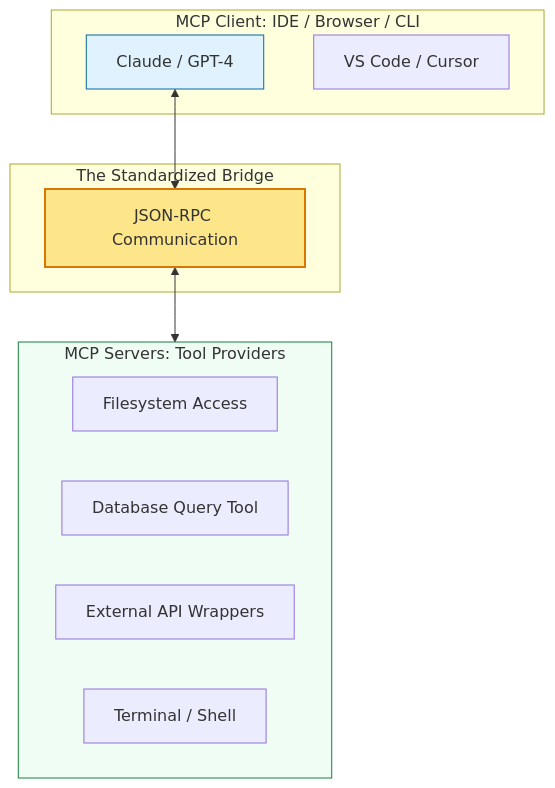
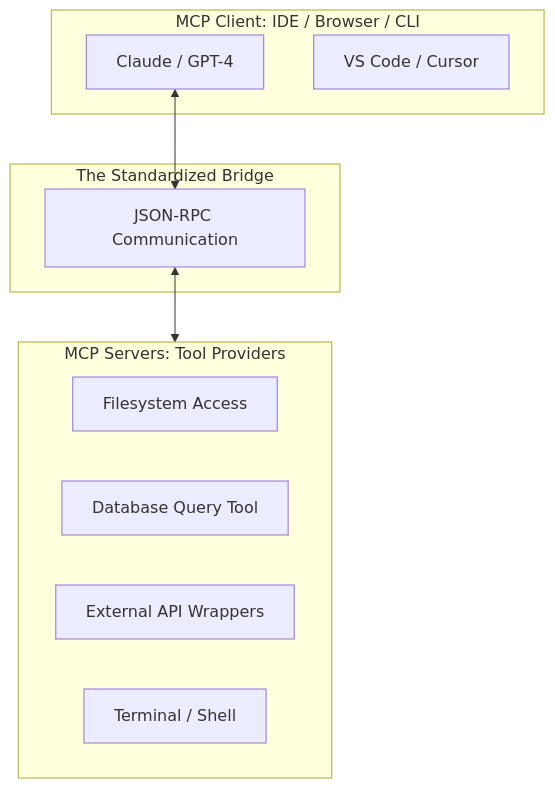
One commit to Ganil151/Devops changed the second of 2 diagrams in 1-Beginner/03-Phase-3/04-MCP/README.md. Above: the diagram before and after it, drawn with Mermaid. The commit also changed other lines of this file and 75 other files, not shown here.

````diff
--- a/1-Beginner/03-Phase-3/04-MCP/README.md
+++ b/1-Beginner/03-Phase-3/04-MCP/README.md
@@ -30,25 +57,21 @@
 ```mermaid
 graph TD
     subgraph Client_Environment[MCP Client: IDE / Browser / CLI]
         Claude[Claude / GPT-4]
         Editor[VS Code / Cursor]
     end
     
     subgraph MCP_Protocol[The Standardized Bridge]
         P[JSON-RPC Communication]
     end
     
     subgraph Server_Environment[MCP Servers: Tool Providers]
         Storage[Filesystem Access]
         DB[Database Query Tool]
         APIs[External API Wrappers]
         Term[Terminal / Shell]
     end
     
     Claude <--> P
     P <--> Server_Environment
-    
-    style P fill:#fde68a,stroke:#d97706,stroke-width:2px
-    style Claude fill:#e0f2fe,stroke:#0369a1
-    style Server_Environment fill:#f0fdf4,stroke:#15803d
 ```
````
